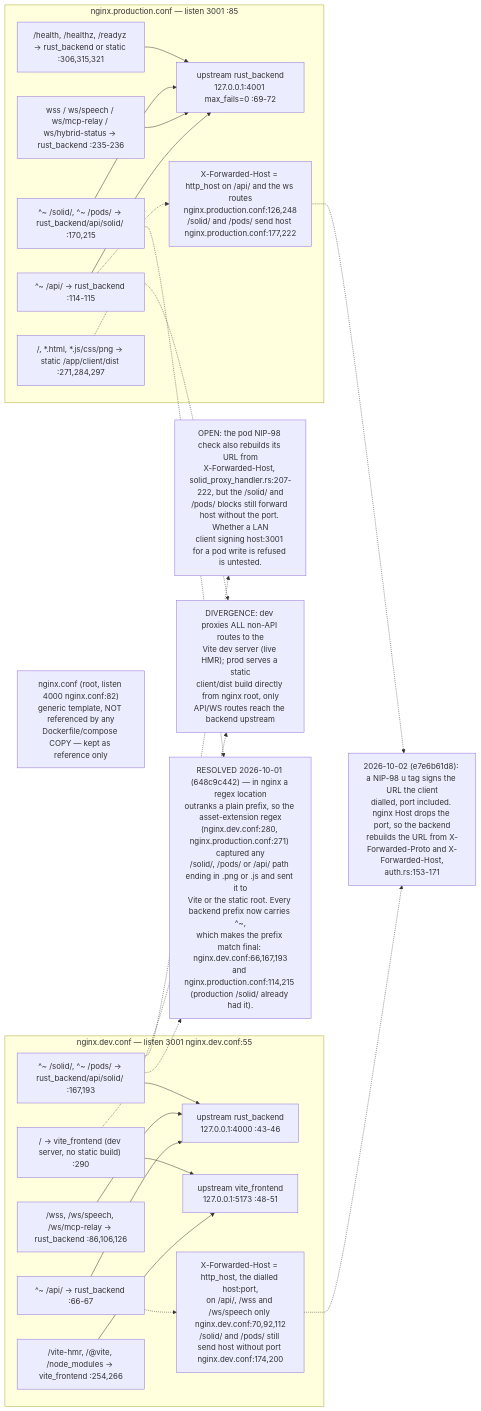
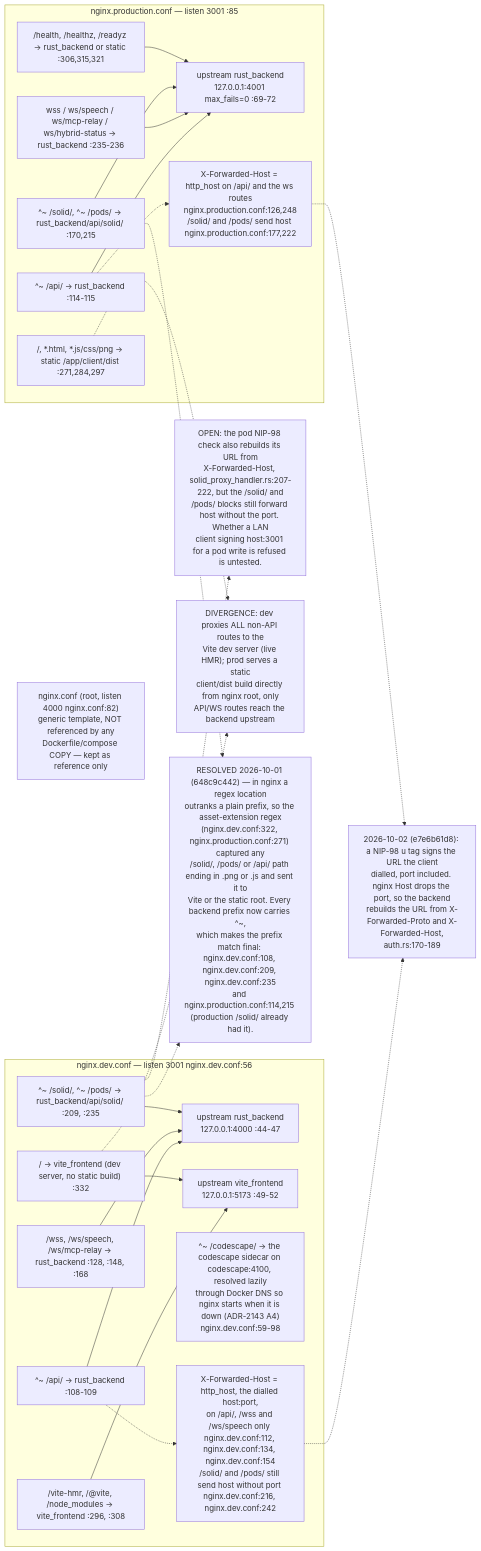
One commit to DreamLab-AI/VisionFlow changed the ninth of 24 diagrams in docs/diagrams/estate/09-build-deploy-and-ci-estate.md. Above: the diagram before and after it, drawn with Mermaid. The commit also changed other lines of this file and 160 other files, not shown here.

````diff
--- a/docs/diagrams/estate/09-build-deploy-and-ci-estate.md
+++ b/docs/diagrams/estate/09-build-deploy-and-ci-estate.md
@@ -326,48 +332,49 @@
 ```mermaid
 flowchart LR
-    subgraph DEVNGINX["nginx.dev.conf — listen 3001 nginx.dev.conf:55"]
-        DUPRUST["upstream rust_backend<br/>127.0.0.1:4000 :43-46"]
-        DUPVITE["upstream vite_frontend<br/>127.0.0.1:5173 :48-51"]
-        DAPI["^~ /api/ -> rust_backend :66-67"]
-        DWSS["/wss, /ws/speech, /ws/mcp-relay -> rust_backend :86,106,126"]
-        DSOLID["^~ /solid/, ^~ /pods/ -> rust_backend/api/solid/ :167,193"]
-        DHMR["/vite-hmr, /@vite, /node_modules -> vite_frontend :254,266"]
-        DROOT["/ -> vite_frontend (dev server, no static build) :290"]
-        DXFH["X-Forwarded-Host = http_host, the dialled host:port,<br/>on /api/, /wss and /ws/speech only nginx.dev.conf:70,92,112<br/>/solid/ and /pods/ still send host without port nginx.dev.conf:174,200"]
+    subgraph DEVNGINX["nginx.dev.conf — listen 3001 nginx.dev.conf:56"]
+        DUPRUST["upstream rust_backend<br/>127.0.0.1:4000 :44-47"]
+        DUPVITE["upstream vite_frontend<br/>127.0.0.1:5173 :49-52"]
+        DAPI["^~ /api/ -> rust_backend :108-109"]
+        DWSS["/wss, /ws/speech, /ws/mcp-relay -> rust_backend :128, :148, :168"]
+        DSOLID["^~ /solid/, ^~ /pods/ -> rust_backend/api/solid/ :209, :235"]
+        DHMR["/vite-hmr, /@vite, /node_modules -> vite_frontend :296, :308"]
+        DROOT["/ -> vite_frontend (dev server, no static build) :332"]
+        DCODESCAPE["^~ /codescape/ -> the codescape sidecar on codescape:4100, resolved lazily<br/>through Docker DNS so nginx starts when it is down (ADR-2143 A4)<br/>nginx.dev.conf:59-98"]
+        DXFH["X-Forwarded-Host = http_host, the dialled host:port,<br/>on /api/, /wss and /ws/speech only nginx.dev.conf:112, nginx.dev.conf:134, nginx.dev.conf:154<br/>/solid/ and /pods/ still send host without port nginx.dev.conf:216, nginx.dev.conf:242"]
     end
     subgraph PRODNGINX["nginx.production.conf — listen 3001 :85"]
         PUPRUST["upstream rust_backend<br/>127.0.0.1:4001 max_fails=0 :69-72"]
         PAPI["^~ /api/ -> rust_backend :114-115"]
         PWS["wss / ws/speech / ws/mcp-relay / ws/hybrid-status -> rust_backend :235-236"]
         PSOLID["^~ /solid/, ^~ /pods/ -> rust_backend/api/solid/ :170,215"]
         PSTATIC["/, *.html, *.js/css/png -> static /app/client/dist :271,284,297"]
         PHEALTH["/health, /healthz, /readyz -> rust_backend or static :306,315,321"]
         PXFH["X-Forwarded-Host = http_host on /api/ and the ws routes<br/>nginx.production.conf:126,248<br/>/solid/ and /pods/ send host nginx.production.conf:177,222"]
     end
     LEGACY["nginx.conf (root, listen 4000 nginx.conf:82)<br/>generic template, NOT referenced by any<br/>Dockerfile/compose COPY — kept as reference only"]
 
     DAPI --> DUPRUST
     DWSS --> DUPRUST
     DSOLID --> DUPRUST
     DHMR --> DUPVITE
     DROOT --> DUPVITE
     PAPI --> PUPRUST
     PWS --> PUPRUST
     PSOLID --> PUPRUST
     PHEALTH --> PUPRUST
     DAPI -.-> DXFH
     PAPI -.-> PXFH
-    XFHWHY["2026-10-02 (e7e6b61d8): a NIP-98 u tag signs the URL the client<br/>dialled, port included. nginx Host drops the port, so the backend<br/>rebuilds the URL from X-Forwarded-Proto and X-Forwarded-Host,<br/>auth.rs:153-171"]
+    XFHWHY["2026-10-02 (e7e6b61d8): a NIP-98 u tag signs the URL the client<br/>dialled, port included. nginx Host drops the port, so the backend<br/>rebuilds the URL from X-Forwarded-Proto and X-Forwarded-Host,<br/>auth.rs:170-189"]
     DXFH -.-> XFHWHY
     PXFH -.-> XFHWHY
     XFHOPEN["OPEN: the pod NIP-98 check also rebuilds its URL from<br/>X-Forwarded-Host, solid_proxy_handler.rs:207-222, but the /solid/ and<br/>/pods/ blocks still forward host without the port. Whether a LAN<br/>client signing host:3001 for a pod write is refused is untested."]
     DSOLID -.-> XFHOPEN
 
     DIVNOTE["DIVERGENCE: dev proxies ALL non-API routes to the<br/>Vite dev server (live HMR); prod serves a static<br/>client/dist build directly from nginx root, only<br/>API/WS routes reach the backend upstream"]
     DROOT -.-> DIVNOTE
     PSTATIC -.-> DIVNOTE
 
-    PRECED["RESOLVED 2026-10-01 (648c9c442) — in nginx a regex location<br/>outranks a plain prefix, so the asset-extension regex<br/>(nginx.dev.conf:280, nginx.production.conf:271) captured any<br/>/solid/, /pods/ or /api/ path ending in .png or .js and sent it to<br/>Vite or the static root. Every backend prefix now carries ^~,<br/>which makes the prefix match final: nginx.dev.conf:66,167,193<br/>and nginx.production.conf:114,215 (production /solid/ already had it)."]
+    PRECED["RESOLVED 2026-10-01 (648c9c442) — in nginx a regex location<br/>outranks a plain prefix, so the asset-extension regex<br/>(nginx.dev.conf:322, nginx.production.conf:271) captured any<br/>/solid/, /pods/ or /api/ path ending in .png or .js and sent it to<br/>Vite or the static root. Every backend prefix now carries ^~,<br/>which makes the prefix match final: nginx.dev.conf:108, nginx.dev.conf:209, nginx.dev.conf:235<br/>and nginx.production.conf:114,215 (production /solid/ already had it)."]
     DSOLID -.-> PRECED
     PSOLID -.-> PRECED
 ```
````
